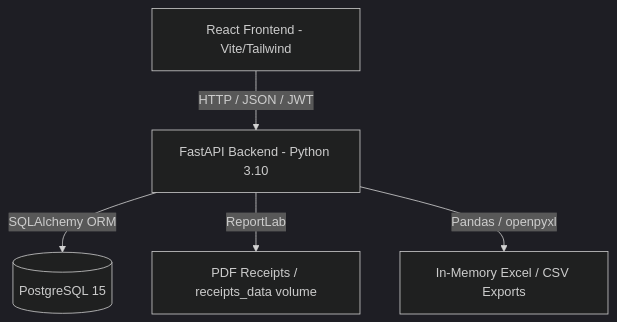
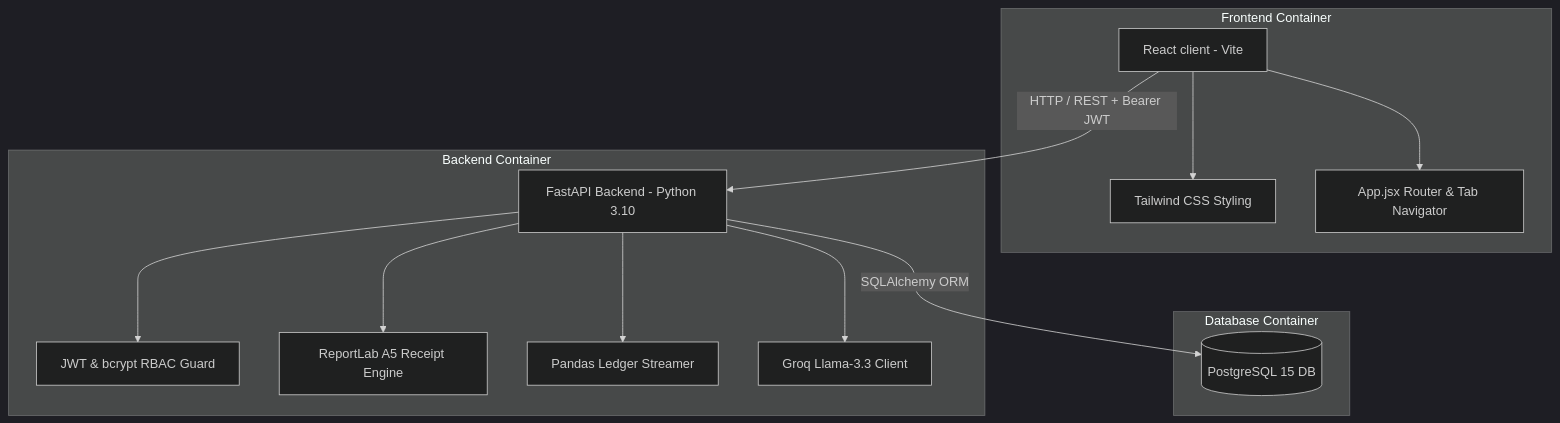
Before and after one commit to RiyanshiVerma-11/HospiSynAI: the first of 2 diagrams in README.md, drawn with Mermaid (dark theme). The commit also changed other lines of this file and 8 other files, not shown here.

````diff
--- a/README.md
+++ b/README.md
@@ -42,7 +44,21 @@
 ```mermaid
 graph TD
-    Client[React Frontend - Vite/Tailwind] -->|HTTP / JSON / JWT| API[FastAPI Backend - Python 3.10]
-    API -->|SQLAlchemy ORM| DB[(PostgreSQL 15)]
-    API -->|ReportLab| PDF[PDF Receipts / receipts_data volume]
-    API -->|Pandas / openpyxl| Excel[In-Memory Excel / CSV Exports]
+    subgraph Frontend Container
+        React[React client - Vite] --> Tailwind[Tailwind CSS Styling]
+        React --> Router[App.jsx Router & Tab Navigator]
+    end
+
+    subgraph Backend Container
+        API[FastAPI Backend - Python 3.10] --> Auth[JWT & bcrypt RBAC Guard]
+        API --> PDF[ReportLab A5 Receipt Engine]
+        API --> Excel[Pandas Ledger Streamer]
+        API --> AI[Groq Llama-3.3 Client]
+    end
+
+    subgraph Database Container
+        DB[(PostgreSQL 15 DB)]
+    end
+
+    React -->|HTTP / REST + Bearer JWT| API
+    API -->|SQLAlchemy ORM| DB
 ```
````
